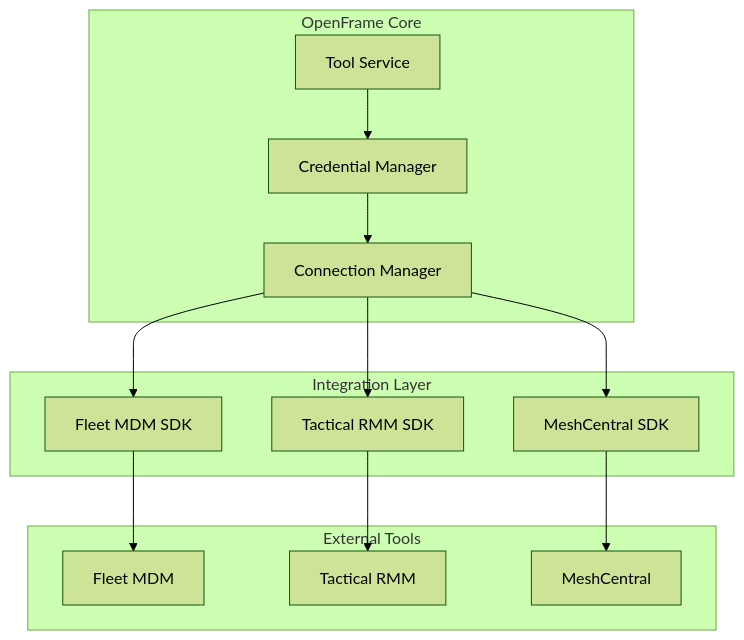
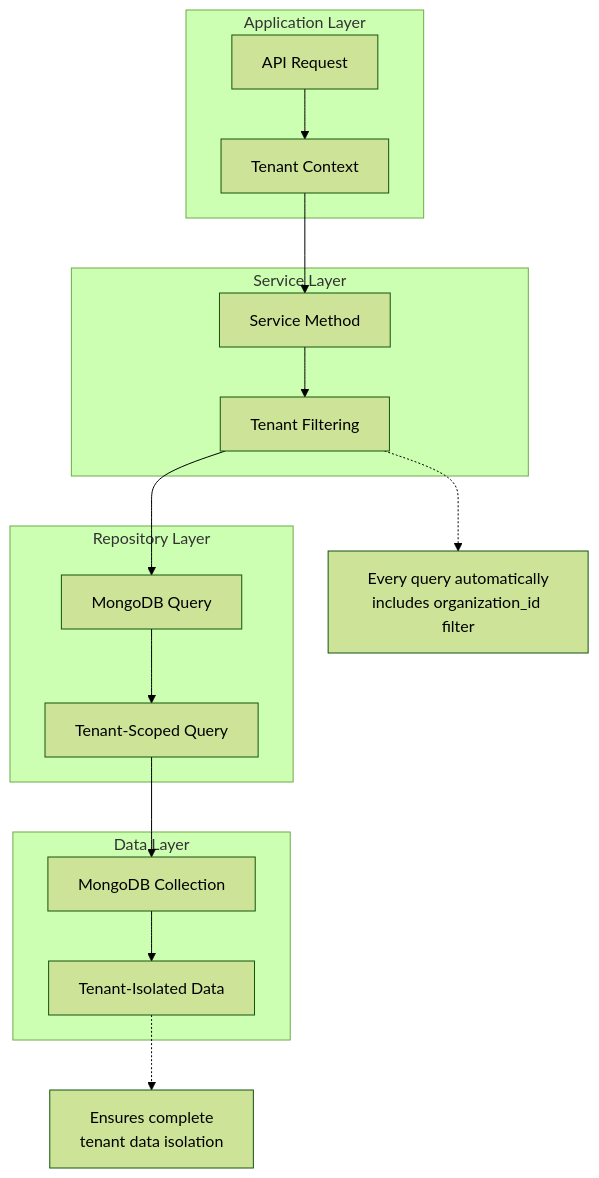
Before and after one commit to flamingo-stack/openframe-oss-lib: the eighth of 13 diagrams in docs/development/architecture/overview.md, drawn with Mermaid (forest theme). The commit also changed other lines of this file and 12 other files, not shown here.

````diff
--- a/docs/development/architecture/overview.md
+++ b/docs/development/architecture/overview.md
@@ -596,31 +422,36 @@
 ```mermaid
-graph TB
-    subgraph "OpenFrame Core"
-        TOOL_SERVICE[Tool Service]
-        CREDENTIAL_MGR[Credential Manager]
-        CONNECTION_MGR[Connection Manager]
+graph TD
+    subgraph "Application Layer"
+        Request[API Request]
+        TenantContext[Tenant Context]
     end
     
-    subgraph "Integration Layer"
-        SDK_FLEET[Fleet MDM SDK]
-        SDK_TACTICAL[Tactical RMM SDK] 
-        SDK_MESH[MeshCentral SDK]
+    subgraph "Service Layer"
+        ServiceMethod[Service Method]
+        TenantFilter[Tenant Filtering]
     end
     
-    subgraph "External Tools"
-        FLEET[Fleet MDM]
-        TACTICAL[Tactical RMM]
-        MESH[MeshCentral]
+    subgraph "Repository Layer"
+        MongoQuery[MongoDB Query]
+        TenantQuery[Tenant-Scoped Query]
     end
     
-    TOOL_SERVICE --> CREDENTIAL_MGR
-    CREDENTIAL_MGR --> CONNECTION_MGR
+    subgraph "Data Layer"
+        Collection[MongoDB Collection]
+        TenantData[Tenant-Isolated Data]
+    end
     
-    CONNECTION_MGR --> SDK_FLEET
-    CONNECTION_MGR --> SDK_TACTICAL
-    CONNECTION_MGR --> SDK_MESH
+    Request --> TenantContext
+    TenantContext --> ServiceMethod
+    ServiceMethod --> TenantFilter
+    TenantFilter --> MongoQuery
+    MongoQuery --> TenantQuery
+    TenantQuery --> Collection
+    Collection --> TenantData
     
-    SDK_FLEET --> FLEET
-    SDK_TACTICAL --> TACTICAL
-    SDK_MESH --> MESH
+    Note1[Every query automatically<br/>includes organization_id filter]
+    Note2[Ensures complete<br/>tenant data isolation]
+    
+    TenantFilter -.-> Note1
+    TenantData -.-> Note2
 ```
````
